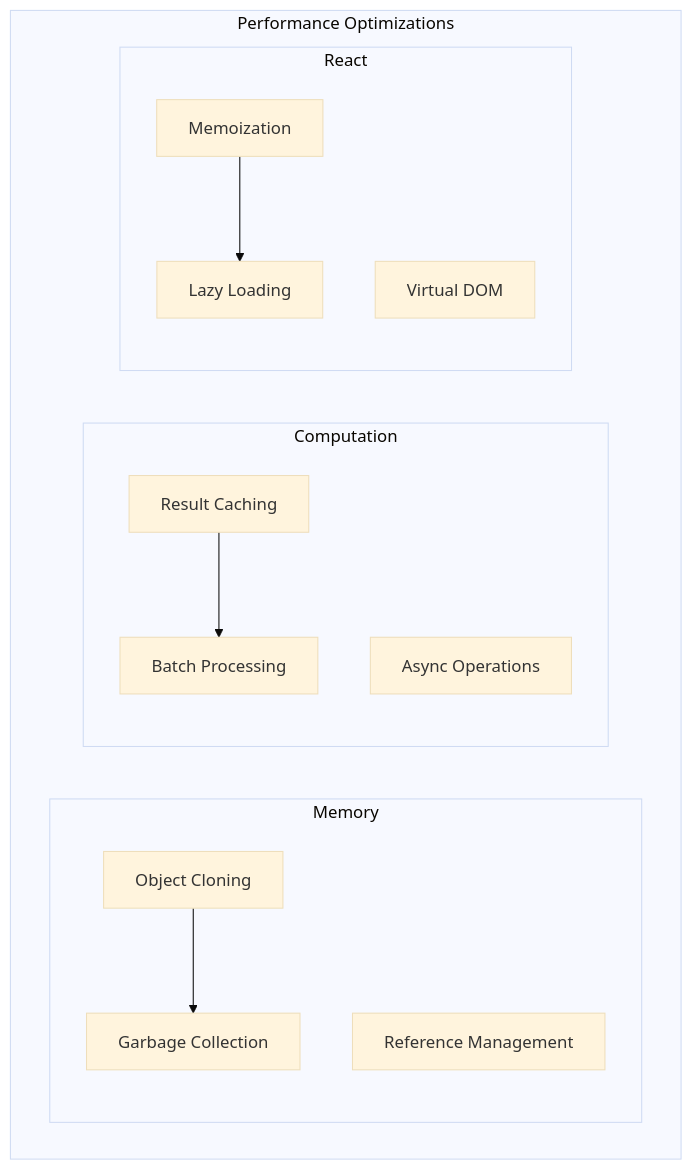
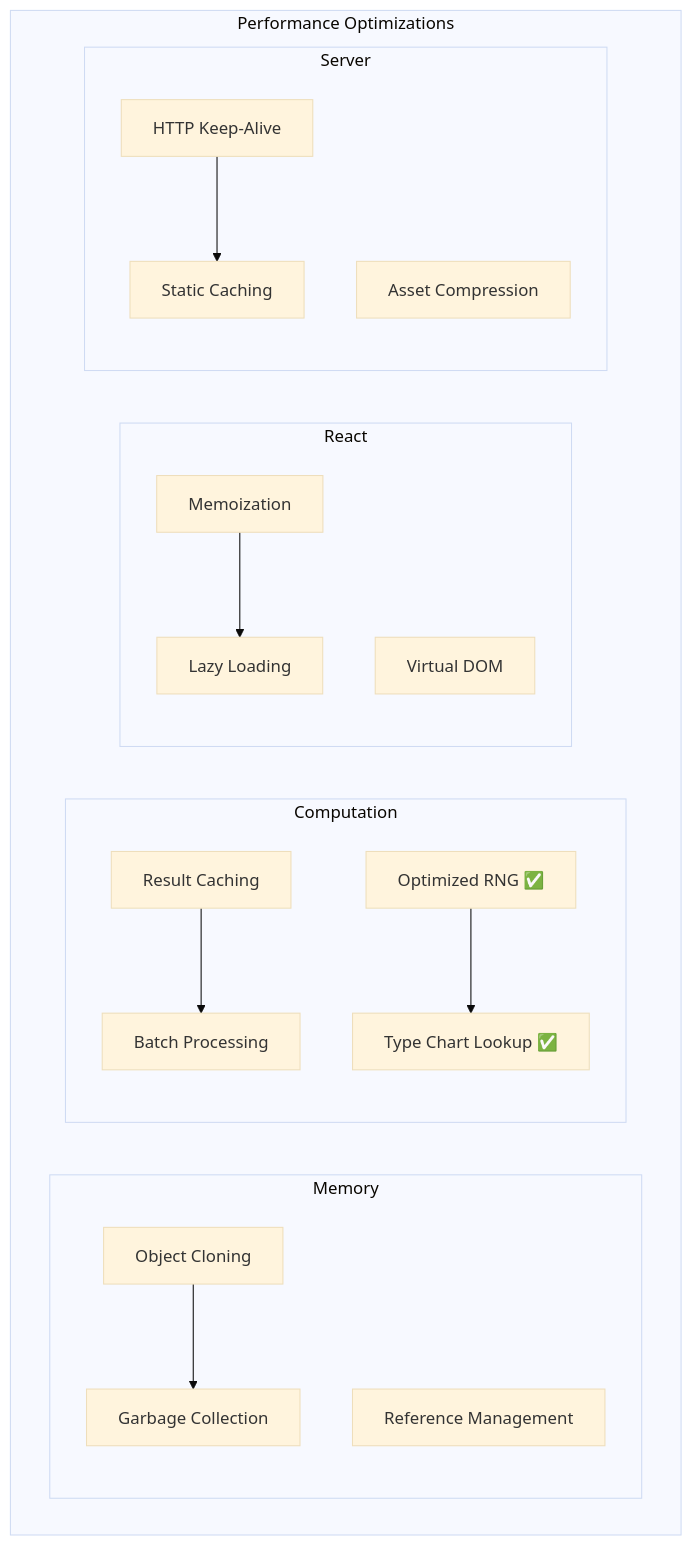
Diagram 13 of 14 in TECHNICAL_ARCHITECTURE.md (didier3529/crookmon-game), drawn with Mermaid (base theme) before and after one commit. The commit also changed other lines of this file, not shown here.

First line of the commit message:
docs: update TECHNICAL_ARCHITECTURE.md with latest changes

````diff
--- a/TECHNICAL_ARCHITECTURE.md
+++ b/TECHNICAL_ARCHITECTURE.md
@@ -639,26 +867,35 @@
 ```mermaid
 graph TB
     subgraph "Performance Optimizations"
         subgraph "Memory"
             Clone[Object Cloning]
             GC[Garbage Collection]
             Refs[Reference Management]
         end
 
         subgraph "Computation"
             Cache[Result Caching]
             Batch[Batch Processing]
-            Async[Async Operations]
+            RNG[Optimized RNG ✅]
+            Types[Type Chart Lookup ✅]
         end
 
         subgraph "React"
             Memo[Memoization]
             Lazy[Lazy Loading]
             Virt[Virtual DOM]
         end
+
+        subgraph "Server"
+            HTTP[HTTP Keep-Alive]
+            Static[Static Caching]
+            Compression[Asset Compression]
+        end
     end
 
     Clone --> GC
     Cache --> Batch
+    RNG --> Types
     Memo --> Lazy
+    HTTP --> Static
 ```
````
